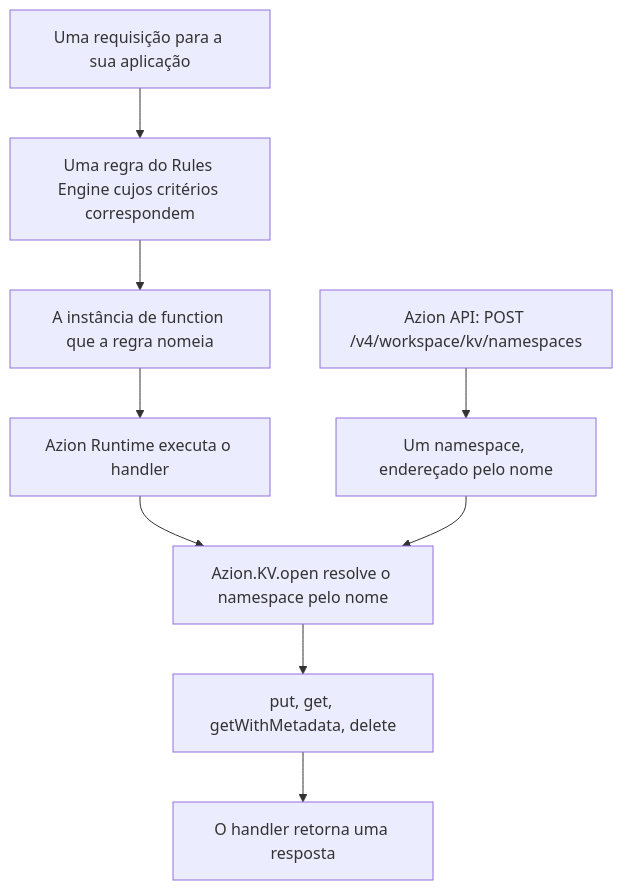
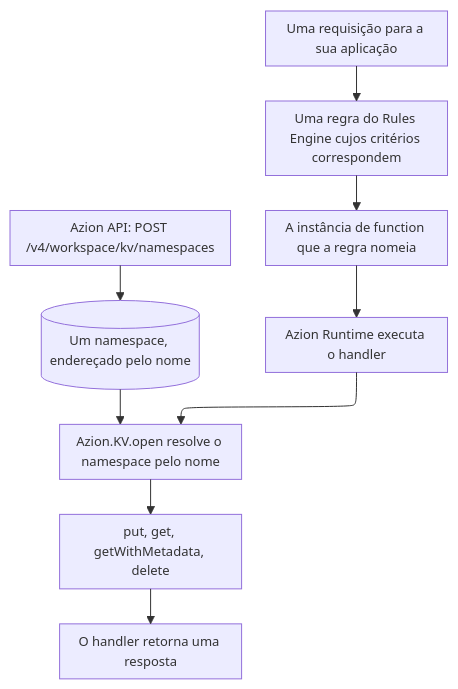
One commit to aziontech/docs changed the diagram in apps/docs/src/content/docs/pt-br/pages/menu-principal/referencia/store/kv-store/kv-store.mdx. Above: the diagram before and after it, drawn with Mermaid. The commit also changed 179 other files, not shown here.

Commit message:
docs(diagrams): redraw every other diagram in the use-case diagram style (#2513)

````diff
--- a/apps/docs/src/content/docs/pt-br/pages/menu-principal/referencia/store/kv-store/kv-store.mdx
+++ b/apps/docs/src/content/docs/pt-br/pages/menu-principal/referencia/store/kv-store/kv-store.mdx
@@ -56,11 +56,12 @@
 ```mermaid
+%%{init: {"layout": "elk", "elk": {"layeringStrategy": "LONGEST_PATH_SOURCE"}, "themeVariables": {"fontSize": "13px"}, "flowchart": {"nodeSpacing": 24, "rankSpacing": 36, "padding": 8, "wrappingWidth": 150, "useMaxWidth": true}, "sequence": {"width": 120, "actorMargin": 30, "useMaxWidth": true}}}%%
 flowchart TD
-  API["Azion API: POST /v4/workspace/kv/namespaces"] --> NS["Um namespace, endereçado pelo nome"]
+  API["Azion API: POST /v4/workspace/kv/namespaces"] --> NS[("Um namespace, endereçado pelo nome")]
   Request["Uma requisição para a sua aplicação"] --> Rule["Uma regra do Rules Engine cujos critérios correspondem"]
   Rule --> Instance["A instância de function que a regra nomeia"]
   Instance --> Runtime["Azion Runtime executa o handler"]
   Runtime --> Open["Azion.KV.open resolve o namespace pelo nome"]
   NS --> Open
   Open --> Ops["put, get, getWithMetadata, delete"]
   Ops --> Response["O handler retorna uma resposta"]
 ```
````
